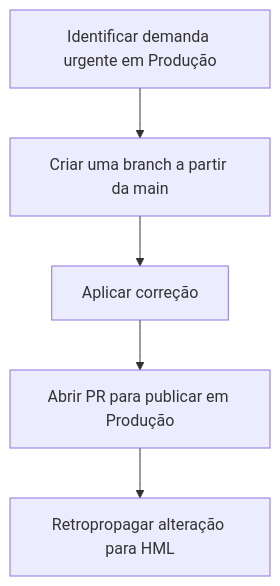
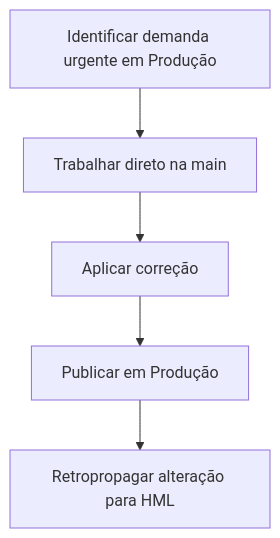
Before and after one commit to arthurmassimetti/LicaoDeCasa: the second of 2 diagrams in Versionamento-GITHUB-Inovare/versionamento.md, drawn with Mermaid. The commit also changed other lines of this file, not shown here.

````diff
--- a/Versionamento-GITHUB-Inovare/versionamento.md
+++ b/Versionamento-GITHUB-Inovare/versionamento.md
@@ -49,7 +42,7 @@
 ```mermaid
 graph TD
-    A[Identificar demanda urgente em Produção] --> B[Criar uma branch a partir da main]
-    B --> C[Aplicar correção]
-    C --> D[Abrir PR para publicar em Produção]
-    D --> E[Retropropagar alteração para HML]
+    A["Identificar demanda urgente em Produção"] --> B["Trabalhar direto na main"]
+    B --> C["Aplicar correção"]
+    C --> D["Publicar em Produção"]
+    D --> E["Retropropagar alteração para HML"]
 ```
````
